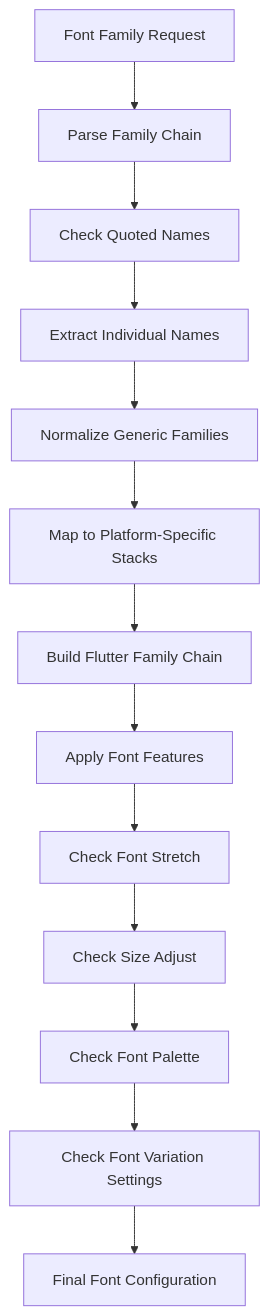
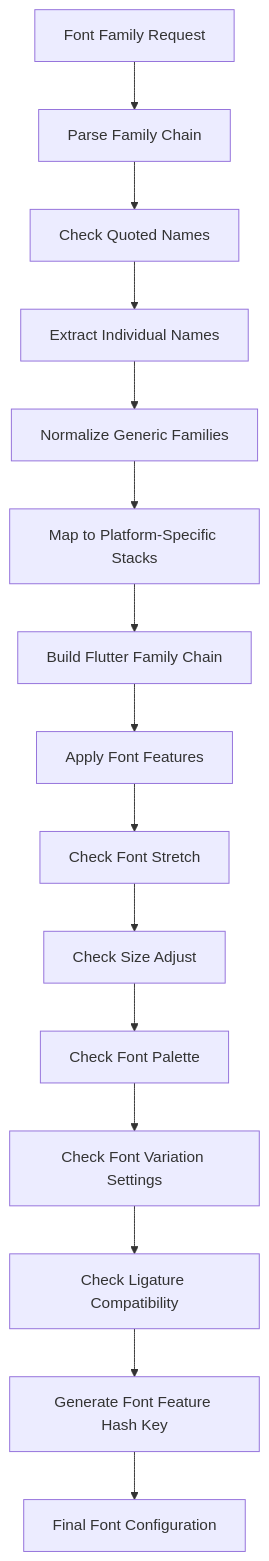
Before and after one commit to denisnadey/flutter_full_svg_support: the eighth of 13 diagrams in .qoder/repowiki/en/content/Animated SVG Support/Advanced Animation Features/Enhanced Text Styling System/Enhanced Text Styling System.md, drawn with Mermaid. The commit also changed other lines of this file and 10 other files, not shown here.

````diff
--- a/.qoder/repowiki/en/content/Animated SVG Support/Advanced Animation Features/Enhanced Text Styling System/Enhanced Text Styling System.md
+++ b/.qoder/repowiki/en/content/Animated SVG Support/Advanced Animation Features/Enhanced Text Styling System/Enhanced Text Styling System.md
@@ -415,15 +471,17 @@
 ```mermaid
 flowchart TD
 FontRequest[Font Family Request] --> ParseChain["Parse Family Chain"]
 ParseChain --> CheckQuoted["Check Quoted Names"]
 CheckQuoted --> ExtractNames["Extract Individual Names"]
 ExtractNames --> NormalizeGeneric["Normalize Generic Families"]
 NormalizeGeneric --> MapGeneric["Map to Platform-Specific Stacks"]
 MapGeneric --> BuildChain["Build Flutter Family Chain"]
 BuildChain --> ApplyFeatures["Apply Font Features"]
 ApplyFeatures --> CheckStretch["Check Font Stretch"]
 CheckStretch --> CheckAdjust["Check Size Adjust"]
 CheckAdjust --> CheckPalette["Check Font Palette"]
 CheckPalette --> CheckVariation["Check Font Variation Settings"]
-CheckVariation --> FinalFont[Final Font Configuration]
+CheckVariation --> CheckLigatureCompat["Check Ligature Compatibility"]
+CheckLigatureCompat --> CheckHashKey["Generate Font Feature Hash Key"]
+CheckHashKey --> FinalFont[Final Font Configuration]
 ```
````
